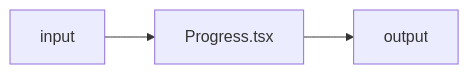
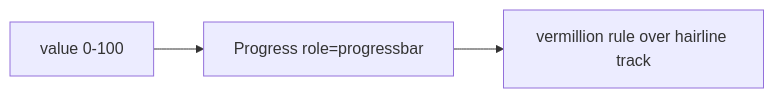
Before and after one commit to AzamatRaimbekov2/openCreate: the diagram in apps/web/src/shared/ui/Progress.tsx.md, drawn with Mermaid. The commit also changed other lines of this file and 51 other files, not shown here.

````diff
--- a/apps/web/src/shared/ui/Progress.tsx.md
+++ b/apps/web/src/shared/ui/Progress.tsx.md
@@ -19,4 +19,4 @@
 ```mermaid
 flowchart LR
-  IN[input] --> Progress[Progress.tsx] --> OUT[output]
+  V[value 0-100] --> PR[Progress role=progressbar] --> OUT[vermillion rule over hairline track]
 ```
````
